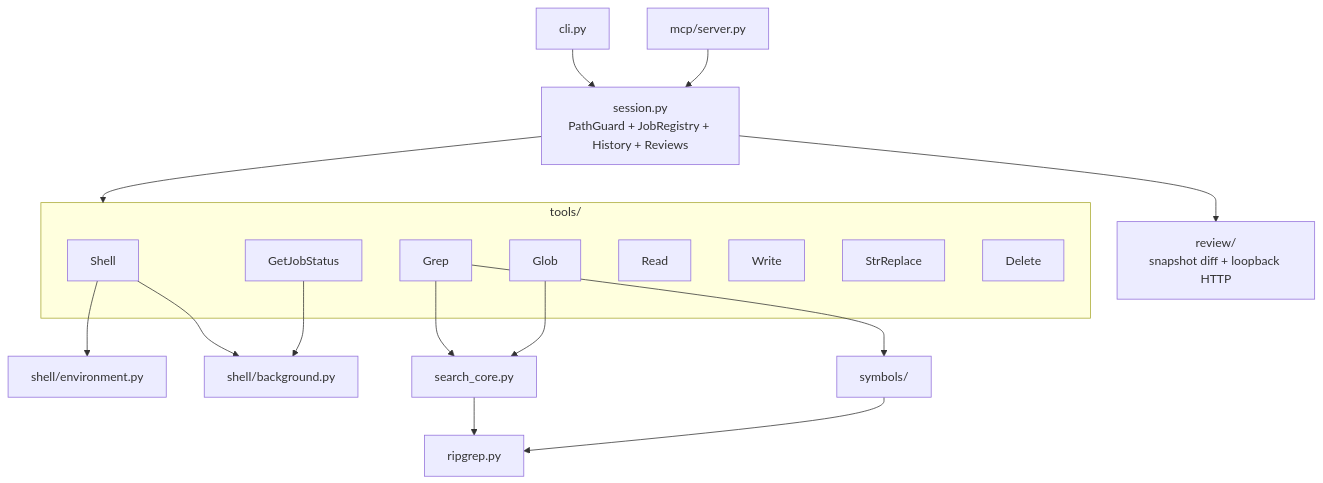
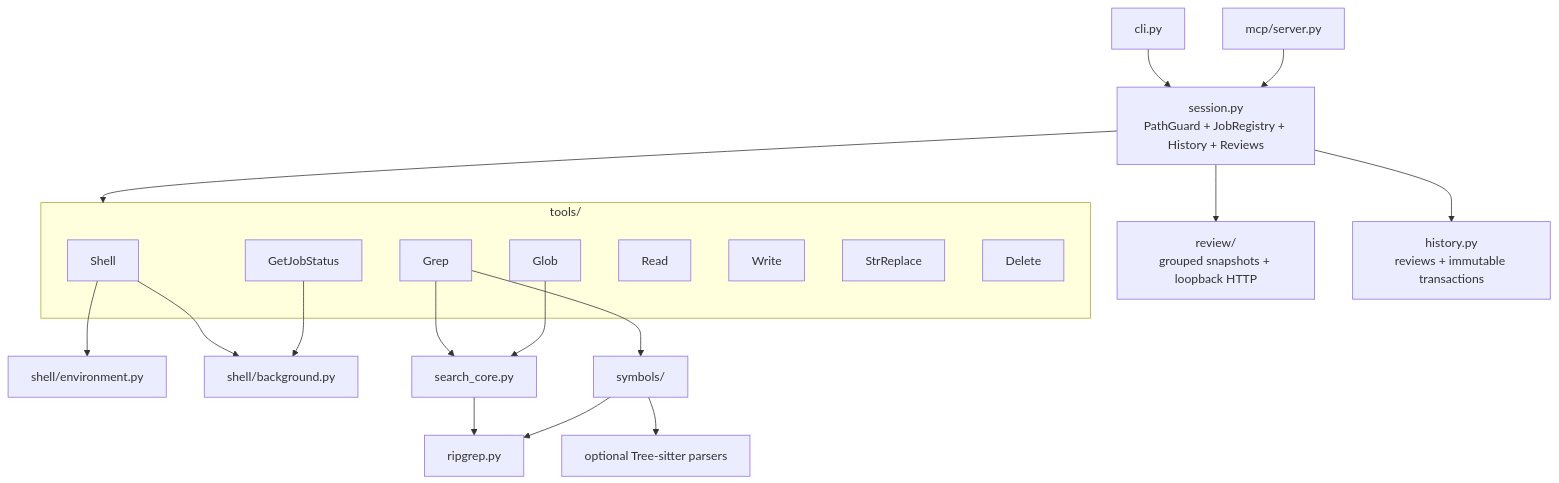
The first of 2 diagrams in docs/architecture.md (nandoripardo888/code-base), drawn with Mermaid before and after one commit. The commit also changed other lines of this file and 51 other files, not shown here.

````diff
--- a/docs/architecture.md
+++ b/docs/architecture.md
@@ -6,25 +6,27 @@
 ```mermaid
 flowchart TB
     CLI[cli.py] --> Session
     MCP[mcp/server.py] --> Session
     Session[session.py<br/>PathGuard + JobRegistry + History + Reviews] --> Tools
-    Session --> Review[review/<br/>snapshot diff + loopback HTTP]
+    Session --> Review[review/<br/>grouped snapshots + loopback HTTP]
+    Session --> History[history.py<br/>reviews + immutable transactions]
     subgraph Tools [tools/]
         Shell
         GetJobStatus
         Grep
         Glob
         Read
         Write
         StrReplace
         Delete
     end
     Shell --> Env[shell/environment.py]
     Shell --> Jobs[shell/background.py]
     GetJobStatus --> Jobs
     Grep --> Core[search_core.py]
     Glob --> Core
     Core --> RG[ripgrep.py]
     Grep --> Symbols[symbols/]
     Symbols --> RG
+    Symbols --> Parsers[optional Tree-sitter parsers]
 ```
````
